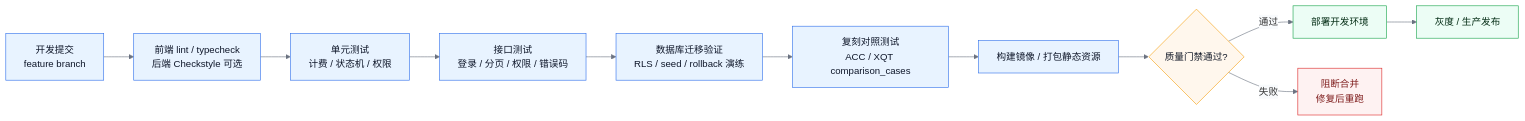
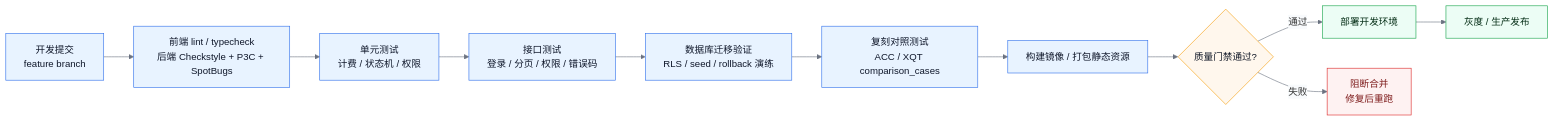
Before and after one commit to wangchao95240828/huoyun: the diagram in docs/assets/engineering/mmd/13-ci-cd-quality.mmd, drawn with Mermaid. The commit also changed 47 other files, not shown here.

```diff
--- a/docs/assets/engineering/mmd/13-ci-cd-quality.mmd
+++ b/docs/assets/engineering/mmd/13-ci-cd-quality.mmd
@@ -1,22 +1,22 @@
 %%{init: {"theme": "base", "themeVariables": {"fontFamily": "Arial, Microsoft YaHei, sans-serif", "primaryColor": "#e8f3ff", "primaryBorderColor": "#2f6feb", "lineColor": "#6b7280", "secondaryColor": "#f8fafc", "tertiaryColor": "#ecfdf5"}}}%%
 flowchart LR
   classDef step fill:#e8f3ff,stroke:#2f6feb,color:#0f172a
   classDef gate fill:#fff7ed,stroke:#f59e0b,color:#111827
   classDef data fill:#ecfdf5,stroke:#16a34a,color:#052e16
   classDef fail fill:#fef2f2,stroke:#dc2626,color:#7f1d1d
 
   commit["开发提交<br/>feature branch"]:::step
-  lint["前端 lint / typecheck<br/>后端 Checkstyle 可选"]:::step
+  lint["前端 lint / typecheck<br/>后端 Checkstyle + P3C + SpotBugs"]:::step
   unit["单元测试<br/>计费 / 状态机 / 权限"]:::step
   api["接口测试<br/>登录 / 分页 / 权限 / 错误码"]:::step
   migration["数据库迁移验证<br/>RLS / seed / rollback 演练"]:::step
   compare["复刻对照测试<br/>ACC / XQT comparison_cases"]:::step
   build["构建镜像 / 打包静态资源"]:::step
   review{"质量门禁通过?"}:::gate
   deployDev["部署开发环境"]:::data
   deployProd["灰度 / 生产发布"]:::data
   stop["阻断合并<br/>修复后重跑"]:::fail
 
   commit --> lint --> unit --> api --> migration --> compare --> build --> review
   review -->|通过| deployDev --> deployProd
   review -->|失败| stop
```
